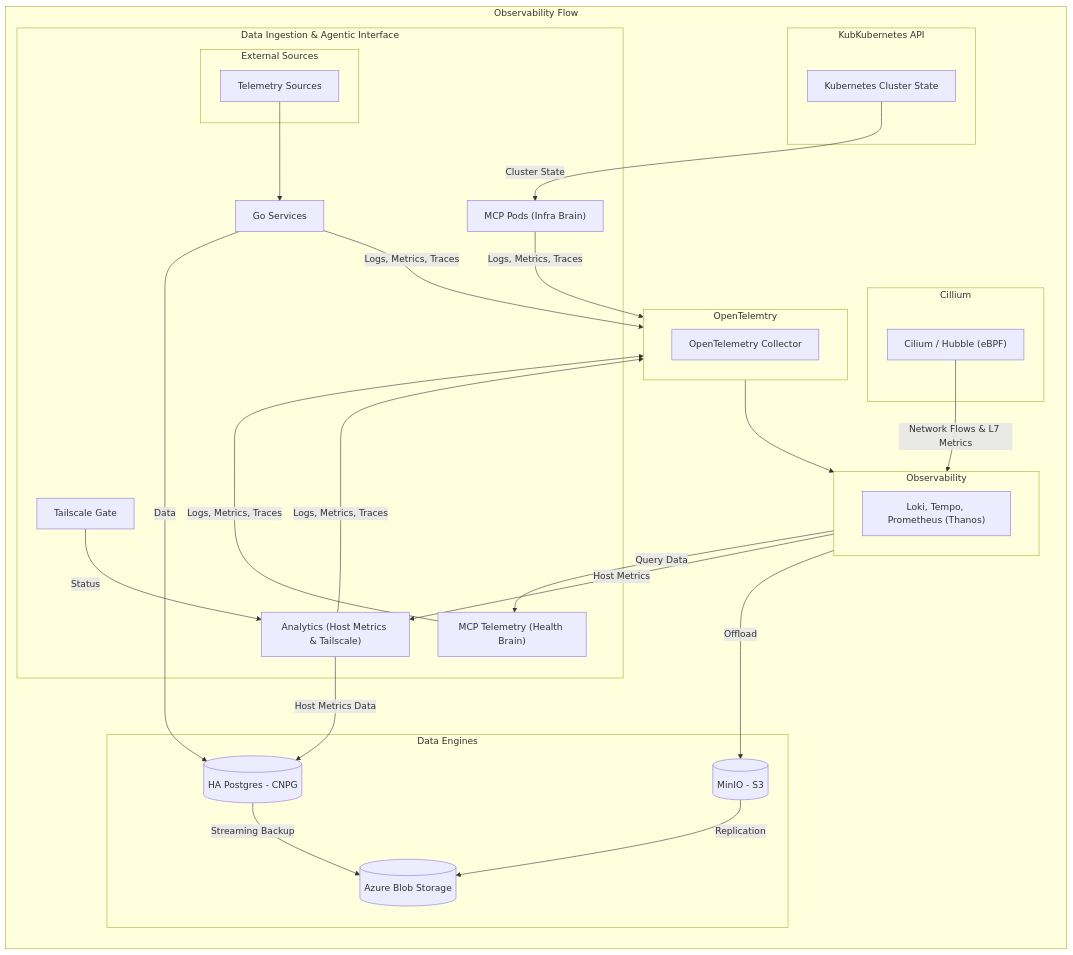
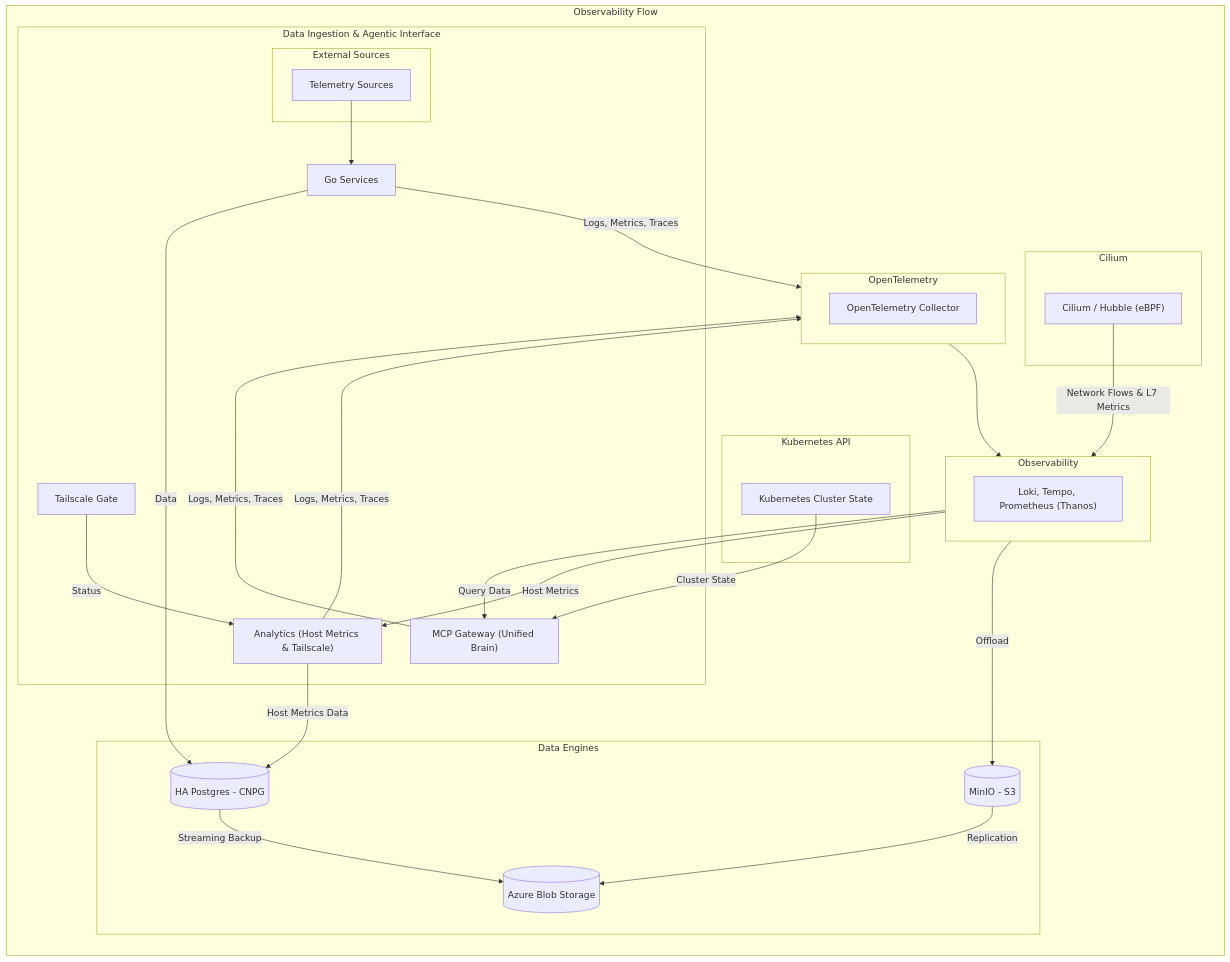
Before and after one commit to victoriacheng15/observability-hub: the diagram in docs/architecture/core-concepts/observability.md, drawn with Mermaid. The commit also changed 7 other files, not shown here.

Commit message:
docs(mcp): align architectural blueprints with unified gateway model (#331)

````diff
--- a/docs/architecture/core-concepts/observability.md
+++ b/docs/architecture/core-concepts/observability.md
@@ -7,59 +7,58 @@
 ```mermaid
 flowchart TB
     subgraph ObservabilityFlow ["Observability Flow"]
         direction TB
         subgraph Logic ["Data Ingestion & Agentic Interface"]
             subgraph ExternalSources ["External Sources"]
                 External["Telemetry Sources"]
             end
 
             GoApps["Go Services"]
-            MCP_Tele["MCP Telemetry (Health Brain)"]
-            MCP_Pods["MCP Pods (Infra Brain)"]
+            MCP["MCP Gateway (Unified Brain)"]
             Analytics["Analytics (Host Metrics & Tailscale)"]
             Gate[Tailscale Gate]
         end
 
-        subgraph Kube["KubKubernetes API"]
+        subgraph Kube["Kubernetes API"]
           K3S["Kubernetes Cluster State"]
         end
-        subgraph OtelCollector["OpenTelemtry"]
+        subgraph OtelCollector["OpenTelemetry"]
           OTEL[OpenTelemetry Collector]
         end
-        subgraph Kernal["Cillium"]
+        subgraph Kernal["Cilium"]
           Cilium["Cilium / Hubble (eBPF)"]
         end
         subgraph Observability["Observability"]
           LGTM["Loki, Tempo, Prometheus (Thanos)"]
         end
         subgraph Storage ["Data Engines"]
             PG[(HA Postgres - CNPG)]
             S3[(MinIO - S3)]
             Azure[(Azure Blob Storage)]
         end
     end
 
     %% Data Pipeline Connections
     External --> GoApps
     
-    %% Domain-Isolated MCP Paths
-    Observability -- "Query Data" --> MCP_Tele
-    K3S -- "Cluster State" --> MCP_Pods
+    %% Unified MCP Paths
+    Observability -- "Query Data" --> MCP
+    K3S -- "Cluster State" --> MCP
 
     %% Telemetry & Storage Connections
     Observability -- "Host Metrics" --> Analytics
     Gate -- "Status" --> Analytics
     Analytics -- "Host Metrics Data" --> PG
     GoApps -- Data --> PG
 
     %% Telemetry Pipeline (OTLP)
-    GoApps & MCP_Tele & MCP_Pods & Analytics -- "Logs, Metrics, Traces" --> OtelCollector
+    GoApps & MCP & Analytics -- "Logs, Metrics, Traces" --> OtelCollector
     Cilium -- "Network Flows & L7 Metrics" --> Observability
     
     OtelCollector --> Observability
     
     %% Resilience & Backup
     Observability -- "Offload" --> S3
     PG -- "Streaming Backup" --> Azure
     S3 -- "Replication" --> Azure
 ```
````
